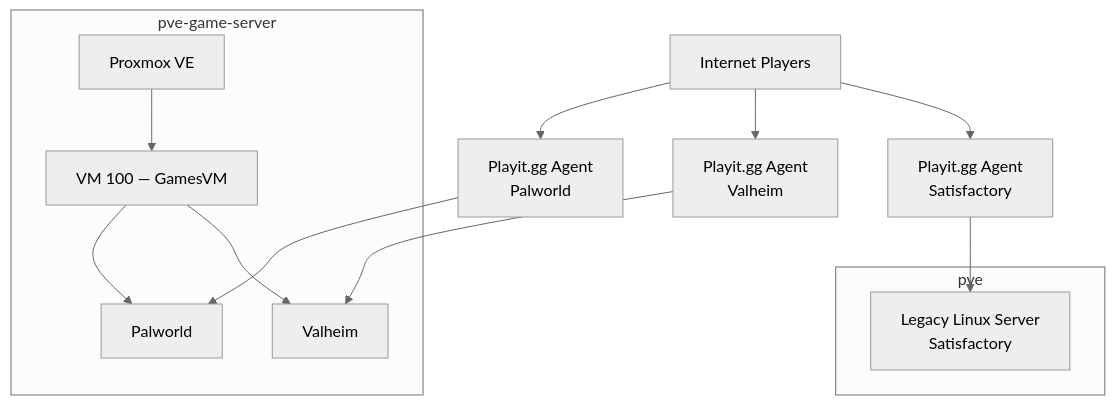
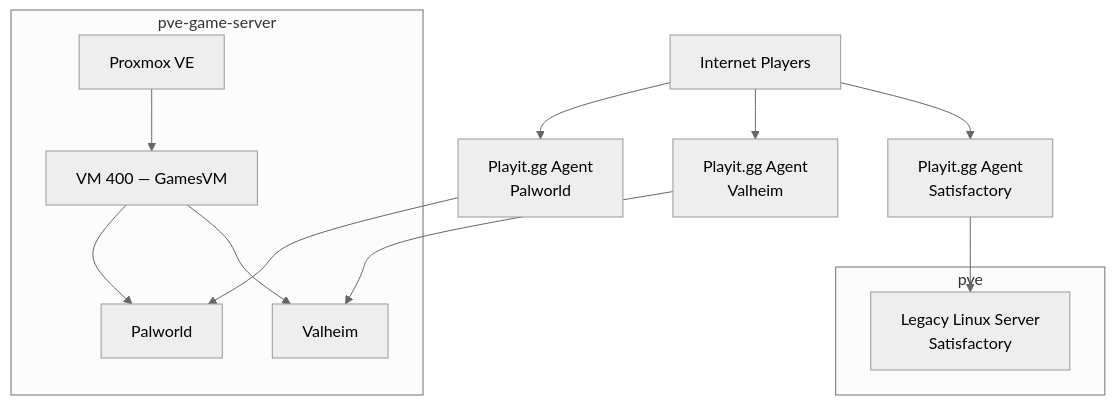
The diagram in docs/services/game-servers.md (thommas88/HomeOps), drawn with Mermaid (neutral theme) before and after one commit. The commit also changed other lines of this file and 8 other files, not shown here.

````diff
--- a/docs/services/game-servers.md
+++ b/docs/services/game-servers.md
@@ -48,31 +48,31 @@
 ```mermaid
 flowchart TB
     INTERNET["Internet Players"]
 
     subgraph MAIN["pve"]
         LEGACY["Legacy Linux Server<br/>Satisfactory"]
     end
 
     subgraph GAMEHOST["pve-game-server"]
         PVEGAME["Proxmox VE"]
-        GAMESVM["VM 100 — GamesVM"]
+        GAMESVM["VM 400 — GamesVM"]
         PAL["Palworld"]
         VAL["Valheim"]
 
         PVEGAME --> GAMESVM
         GAMESVM --> PAL
         GAMESVM --> VAL
     end
 
     PLAYPAL["Playit.gg Agent<br/>Palworld"]
     PLAYVAL["Playit.gg Agent<br/>Valheim"]
     PLAYSAT["Playit.gg Agent<br/>Satisfactory"]
 
     INTERNET --> PLAYPAL
     INTERNET --> PLAYVAL
     INTERNET --> PLAYSAT
 
     PLAYPAL --> PAL
     PLAYVAL --> VAL
     PLAYSAT --> LEGACY
 ```
````
